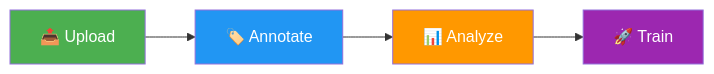
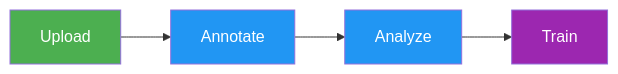
The diagram in docs/en/platform/data/index.md (shashankktiwarii3/ultralytics2), drawn with Mermaid before and after one commit. The commit also changed other lines of this file and 930 other files, not shown here.

````diff
--- a/docs/en/platform/data/index.md
+++ b/docs/en/platform/data/index.md
@@ -24,11 +35,10 @@
 ```mermaid
 graph LR
-    A[📤 Upload] --> B[🏷️ Annotate]
-    B --> C[📊 Analyze]
-    C --> D[🚀 Train]
+    A[Upload]:::start --> B[Annotate]:::proc
+    B --> C[Analyze]:::proc
+    C --> D[Train]:::out
 
-    style A fill:#4CAF50,color:#fff
-    style B fill:#2196F3,color:#fff
-    style C fill:#FF9800,color:#fff
-    style D fill:#9C27B0,color:#fff
+    classDef start fill:#4CAF50,color:#fff
+    classDef proc fill:#2196F3,color:#fff
+    classDef out fill:#9C27B0,color:#fff
 ```
````
